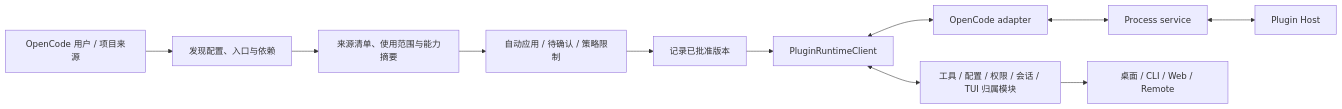
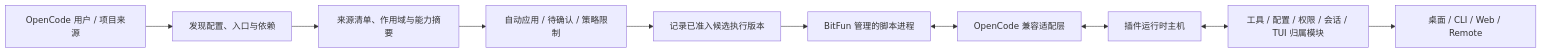
The second of 2 diagrams in docs/architecture/product-architecture.md (nonoqing/dev), drawn with Mermaid before and after one commit. The commit also changed other lines of this file and 54 other files, not shown here.

````diff
--- a/docs/architecture/product-architecture.md
+++ b/docs/architecture/product-architecture.md
@@ -626,13 +289,12 @@
 ```mermaid
 flowchart LR
   Source["OpenCode 用户 / 项目来源"] --> Discover["发现配置、入口与依赖"]
-  Discover --> Catalog["来源清单、使用范围与能力摘要"]
+  Discover --> Catalog["来源清单、作用域与能力摘要"]
   Catalog --> Policy["自动应用 / 待确认 / 策略限制"]
-  Policy --> Prepare["记录已批准版本"]
-  Prepare --> Client["PluginRuntimeClient"]
-  Client <--> Adapter["OpenCode adapter"]
-  Adapter <--> Service["Process service"]
-  Service <--> Host["Plugin Host"]
-  Client <--> Owners["工具 / 配置 / 权限 / 会话 / TUI 归属模块"]
+  Policy --> Prepare["记录已准入候选执行版本"]
+  Prepare --> Worker["BitFun 管理的脚本进程"]
+  Worker <--> Adapter["OpenCode 兼容适配层"]
+  Adapter <--> Host["插件运行时主机"]
+  Host <--> Owners["工具 / 配置 / 权限 / 会话 / TUI 归属模块"]
   Owners --> Surface["桌面 / CLI / Web / Remote"]
 ```
````
